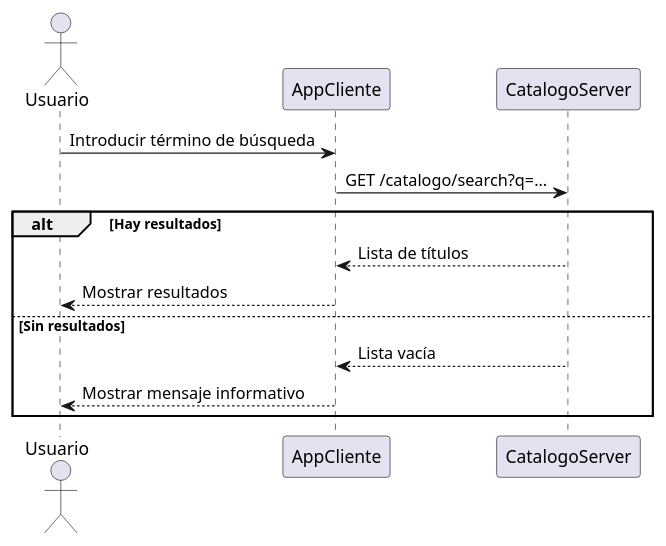
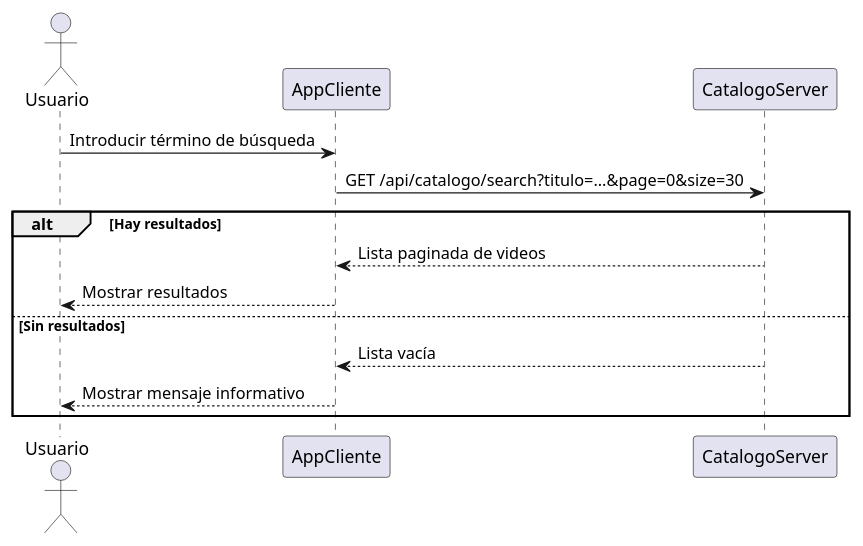
The third of 9 diagrams in docs/frontend/video_reproductor.md (ComfyPenguin/Bloste-Docs), drawn with PlantUML before and after one commit. The commit also changed other lines of this file and 1 other file, not shown here.

First line of the commit message:
Update video_reproductor.md to reflect blosteflix2 Flutter architecture (#2)

````diff
--- a/docs/frontend/video_reproductor.md
+++ b/docs/frontend/video_reproductor.md
@@ -85,18 +127,18 @@
 ```plantuml
 @startuml
 actor Usuario
 participant AppCliente
 participant CatalogoServer
 
 Usuario -> AppCliente : Introducir término de búsqueda
-AppCliente -> CatalogoServer : GET /catalogo/search?q=...
+AppCliente -> CatalogoServer : GET /api/catalogo/search?titulo=...&page=0&size=30
 alt Hay resultados
-    CatalogoServer --> AppCliente : Lista de títulos
+    CatalogoServer --> AppCliente : Lista paginada de videos
     AppCliente --> Usuario : Mostrar resultados
 else Sin resultados
     CatalogoServer --> AppCliente : Lista vacía
     AppCliente --> Usuario : Mostrar mensaje informativo
 end
 @enduml
 
 ```
````
